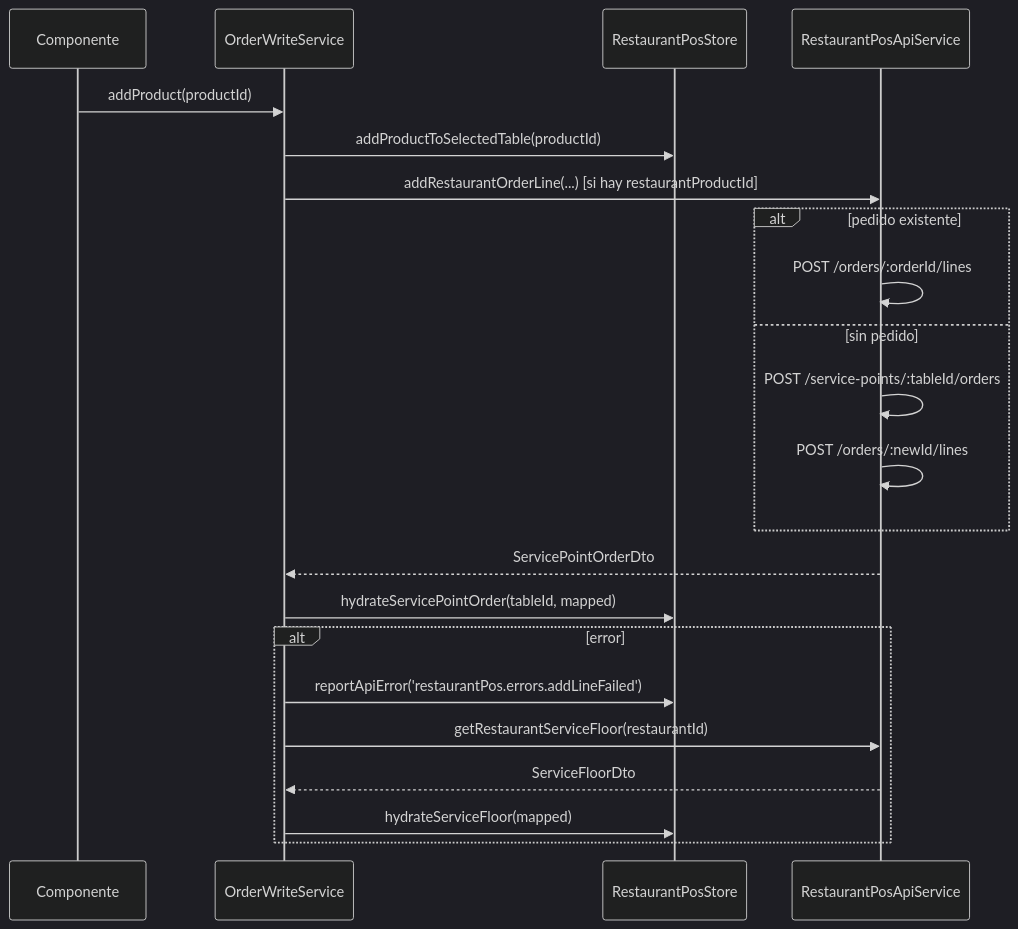
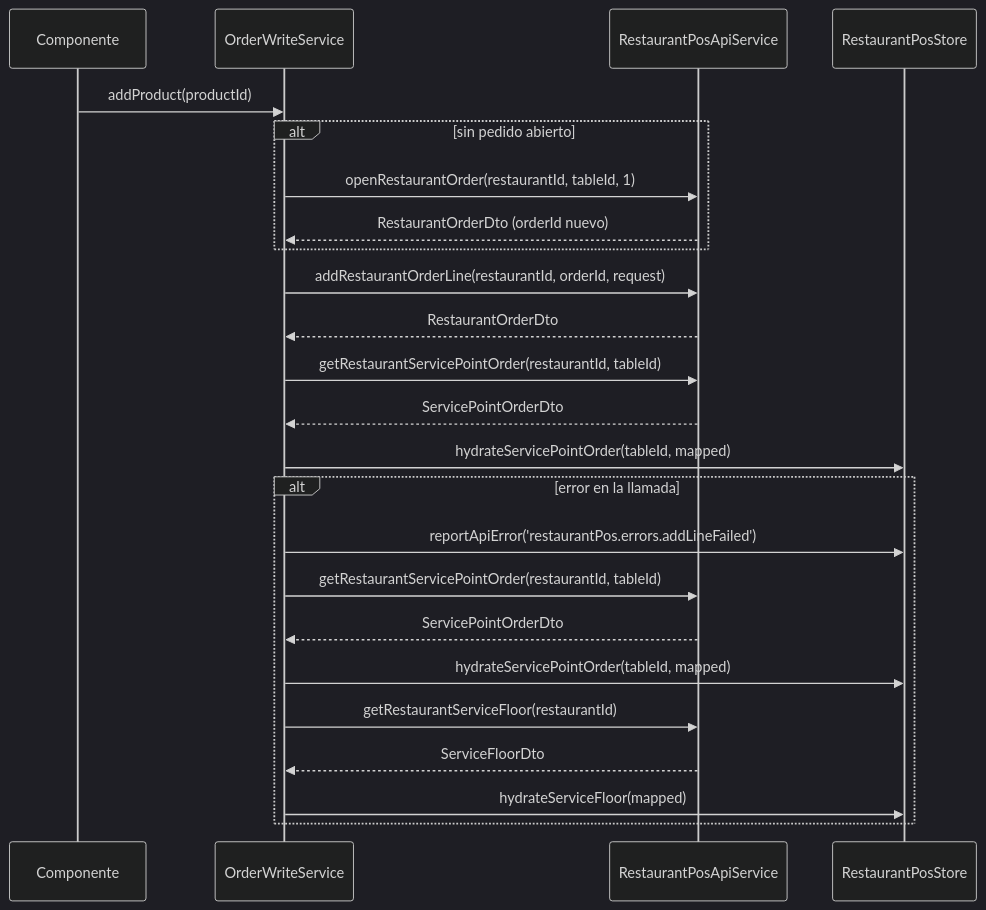
Diagram 17 of 17 in frontend/docs/architecture.md (Programito/fullstack-architecture-lab), drawn with Mermaid (dark theme) before and after one commit. The commit also changed other lines of this file and 6 other files, not shown here.

First line of the commit message:
feat: OrderWriteService backend-first con fallback local y docs actualizados

````diff
--- a/frontend/docs/architecture.md
+++ b/frontend/docs/architecture.md
@@ -798,25 +817,27 @@
 ```mermaid
 sequenceDiagram
   participant UI as Componente
   participant Svc as OrderWriteService
+  participant API as RestaurantPosApiService
   participant Store as RestaurantPosStore
-  participant API as RestaurantPosApiService
 
   UI->>Svc: addProduct(productId)
-  Svc->>Store: addProductToSelectedTable(productId)
-  Svc->>API: addRestaurantOrderLine(...) [si hay restaurantProductId]
-  alt pedido existente
-    API->>API: POST /orders/:orderId/lines
-  else sin pedido
-    API->>API: POST /service-points/:tableId/orders
-    API->>API: POST /orders/:newId/lines
+  alt sin pedido abierto
+    Svc->>API: openRestaurantOrder(restaurantId, tableId, 1)
+    API-->>Svc: RestaurantOrderDto (orderId nuevo)
   end
+  Svc->>API: addRestaurantOrderLine(restaurantId, orderId, request)
+  API-->>Svc: RestaurantOrderDto
+  Svc->>API: getRestaurantServicePointOrder(restaurantId, tableId)
   API-->>Svc: ServicePointOrderDto
   Svc->>Store: hydrateServicePointOrder(tableId, mapped)
-  alt error
+  alt error en la llamada
     Svc->>Store: reportApiError('restaurantPos.errors.addLineFailed')
+    Svc->>API: getRestaurantServicePointOrder(restaurantId, tableId)
+    API-->>Svc: ServicePointOrderDto
+    Svc->>Store: hydrateServicePointOrder(tableId, mapped)
     Svc->>API: getRestaurantServiceFloor(restaurantId)
     API-->>Svc: ServiceFloorDto
     Svc->>Store: hydrateServiceFloor(mapped)
   end
 ```
````
